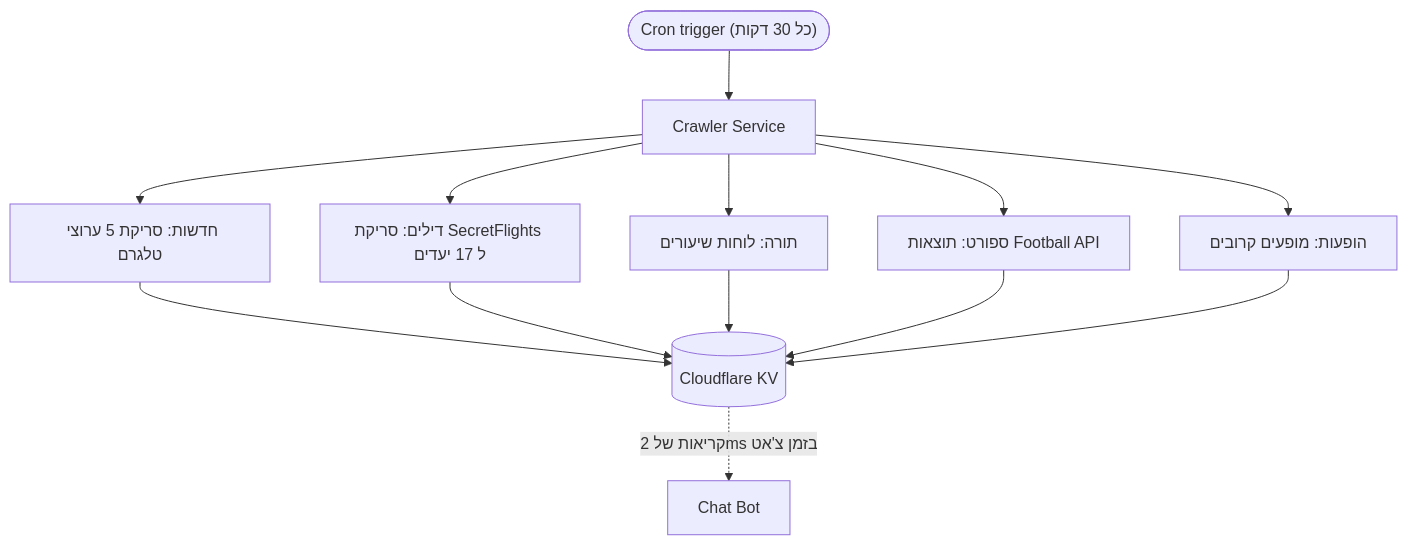
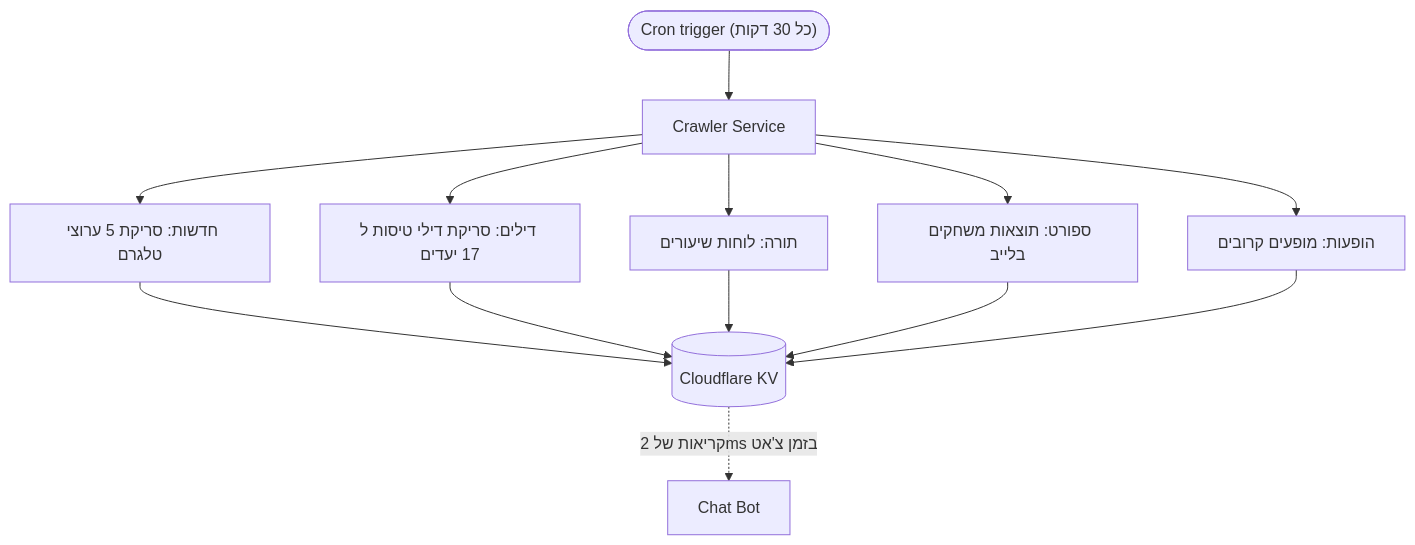
The first of 2 diagrams in content/tech-blog/he/nehorai-ai.md (ohadleshno/ohad-leshno-blog), drawn with Mermaid before and after one commit. The commit also changed other lines of this file and 1 other file, not shown here.

Commit message:
content(nehorai): remove explicit SecretFlights scraping source references

````diff
--- a/content/tech-blog/he/nehorai-ai.md
+++ b/content/tech-blog/he/nehorai-ai.md
@@ -50,18 +50,18 @@
 ```mermaid
 flowchart TD
     CRON(["Cron trigger (כל 30 דקות)"]) --> CRAWL["Crawler Service"]
 
     CRAWL --> NEWS["חדשות: סריקת 5 ערוצי טלגרם"]
-    CRAWL --> DEALS["דילים: סריקת SecretFlights ל 17 יעדים"]
+    CRAWL --> DEALS["דילים: סריקת דילי טיסות ל 17 יעדים"]
     CRAWL --> TORAH["תורה: לוחות שיעורים"]
-    CRAWL --> SPORTS["ספורט: תוצאות Football API"]
+    CRAWL --> SPORTS["ספורט: תוצאות משחקים בלייב"]
     CRAWL --> CONCERTS["הופעות: מופעים קרובים"]
 
     NEWS --> KV[("Cloudflare KV")]
     DEALS --> KV
     TORAH --> KV
     SPORTS --> KV
     CONCERTS --> KV
 
     KV -.->|"קריאות של 2ms בזמן צ'אט"| BOT["Chat Bot"]
 ```
````
